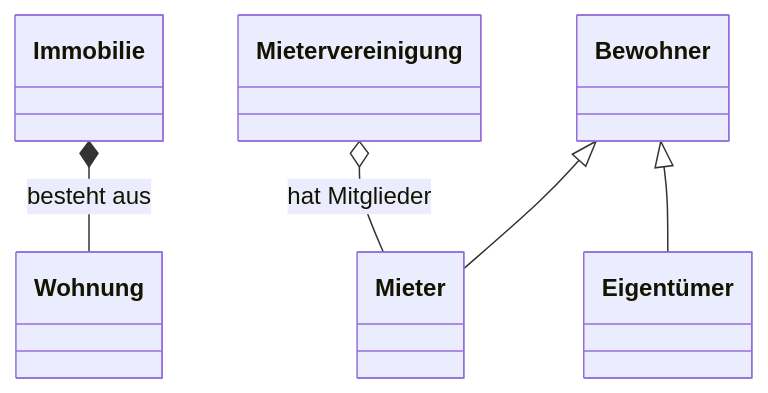
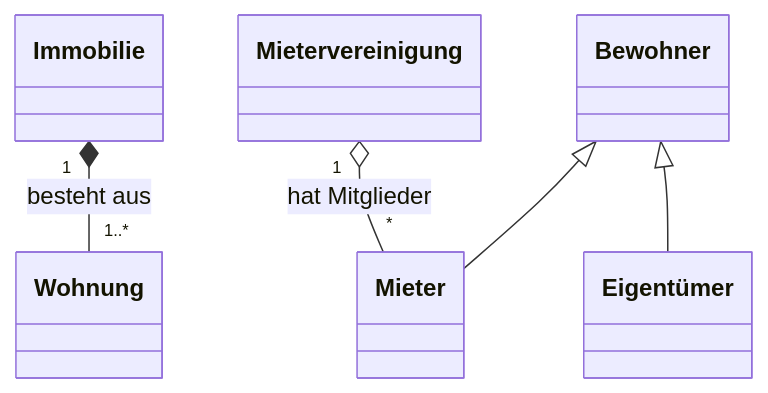
One commit to T-Boyke/C-Sharp-OOP-Fundamentals changed the diagram in Aufgabe_15_Vertiefung_Klassen und Vererbung/beziehungen.md. Above: the diagram before and after it, drawn with Mermaid.

````diff
--- a/Aufgabe_15_Vertiefung_Klassen und Vererbung/beziehungen.md
+++ b/Aufgabe_15_Vertiefung_Klassen und Vererbung/beziehungen.md
@@ -8,21 +8,21 @@
 ```mermaid
 classDiagram
-    %% 1. Komposition: Immobilie und Wohnung
-    %% Die gefüllte Raute (Komposition) wird durch *-- dargestellt
+    %% 1. Komposition
+    %% "Eine" Immobilie (1) besteht aus "mehreren" Wohnungen (1..*)
     class Immobilie
     class Wohnung
-    Immobilie *-- Wohnung : besteht aus
+    Immobilie "1" *-- "1..*" Wohnung : besteht aus
 
-    %% 2. Generalisierung: Bewohner, Mieter und Eigentümer
-    %% Der Pfeil (Vererbung) wird durch <|-- dargestellt
+    %% 2. Generalisierung
+    %% (Bei Vererbung werden keine Kardinalitäten notiert)
     class Bewohner
     class Mieter
     class Eigentümer
     Bewohner <|-- Mieter
     Bewohner <|-- Eigentümer
 
-    %% 3. Aggregation: Mietervereinigung und Mieter
-    %% Die hohle Raute (Aggregation) wird durch o-- dargestellt
+    %% 3. Aggregation
+    %% "In einer" Vereinigung (1) gibt es "mehrere" Mieter (*)
     class Mietervereinigung
-    Mietervereinigung o-- Mieter : hat Mitglieder
+    Mietervereinigung "1" o-- "*" Mieter : hat Mitglieder
 ```
````
